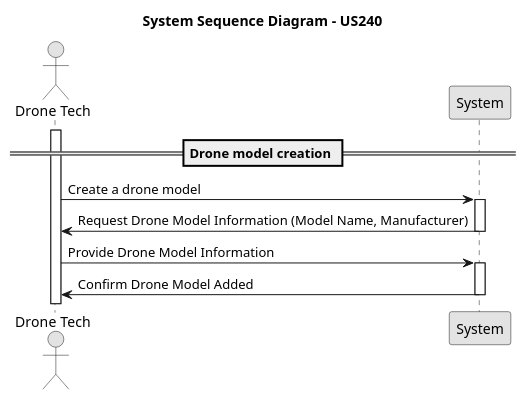
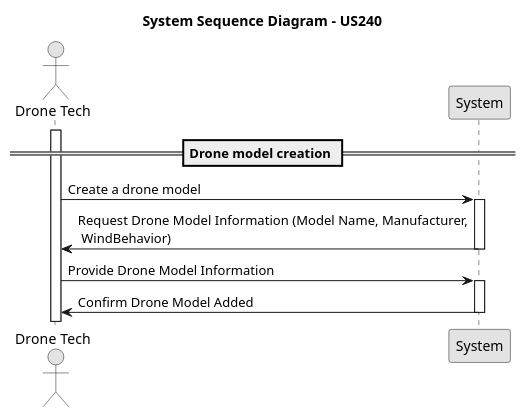
Before and after one commit to rubenFreitas1/ISEP-LAPR4-2024-2025: the diagram in docs/Sprint2/us_240/diagrams/system-sequence-diagram-US240.puml, drawn with PlantUML. The commit also changed 11 other files, not shown here.

```diff
--- a/docs/Sprint2/us_240/diagrams/system-sequence-diagram-US240.puml
+++ b/docs/Sprint2/us_240/diagrams/system-sequence-diagram-US240.puml
@@ -1,28 +1,28 @@
 @startuml
 skinparam monochrome true
 skinparam packageStyle rectangle
 skinparam shadowing false
 
 actor "Drone Tech" as droneTech
 participant "System" as system
 
 title System Sequence Diagram - US240
 
 == Drone model creation ==
 activate droneTech
 
 droneTech -> system : Create a drone model
 activate system
 
-system -> droneTech : Request Drone Model Information (Model Name, Manufacturer)
+system -> droneTech : Request Drone Model Information (Model Name, Manufacturer,\n WindBehavior)
 deactivate system
 droneTech -> system : Provide Drone Model Information
 
 activate system
 
 system -> droneTech : Confirm Drone Model Added
 deactivate system
 
 
 
 @enduml
```
